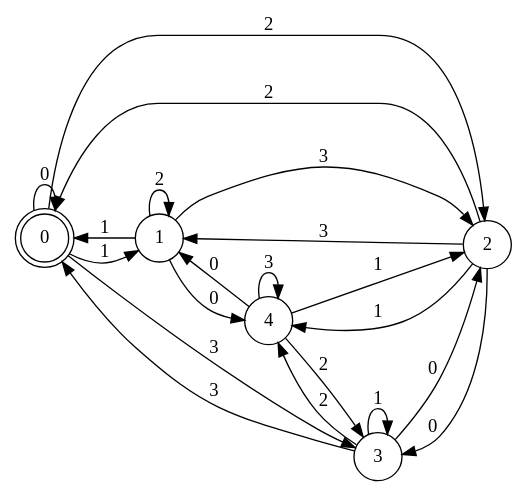
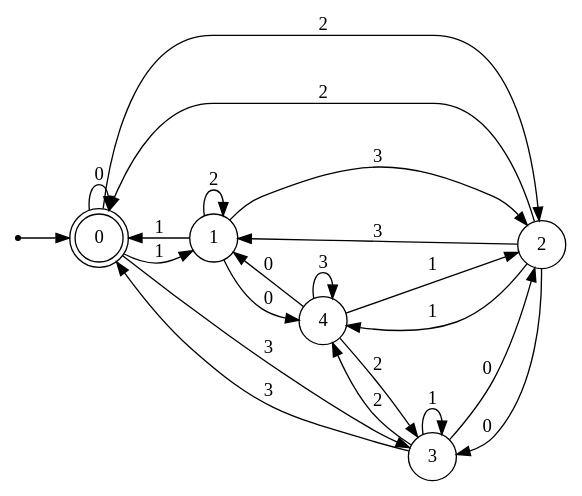
One commit to HumsterProgrammer/iu9-tfl-practice changed the first of 3 diagrams in Практика/РК1/Варианты/Вариант 1.md. Above: the diagram before and after it, drawn with Graphviz. The commit also changed other lines of this file, not shown here.

````diff
--- a/Практика/РК1/Варианты/Вариант 1.md
+++ b/Практика/РК1/Варианты/Вариант 1.md
@@ -18,31 +18,35 @@
 ```dot
 digraph{
 	rankdir=LR
 	node[shape=circle]
+	point[shape=point]
 	0[shape=doublecircle]
+
+	point -> 0
+
 	0 -> 0[label=0]
 	0 -> 1[label=1]
 	0 -> 2[label=2]
 	0 -> 3[label=3]
 	
 	1 -> 4[label=0]
 	1 -> 0[label=1]
 	1 -> 1[label=2]
 	1 -> 2[label=3]
 	
 	2 -> 3[label=0]
 	2 -> 4[label=1]
 	2 -> 0[label=2]
 	2 -> 1[label=3]
 	
 	3 -> 2[label=0]
 	3 -> 3[label=1]
 	3 -> 4[label=2]
 	3 -> 0[label=3]
 	
 	4 -> 1[label=0]
 	4 -> 2[label=1]
 	4 -> 3[label=2]
 	4 -> 4[label=3]
 }
 ```
````
